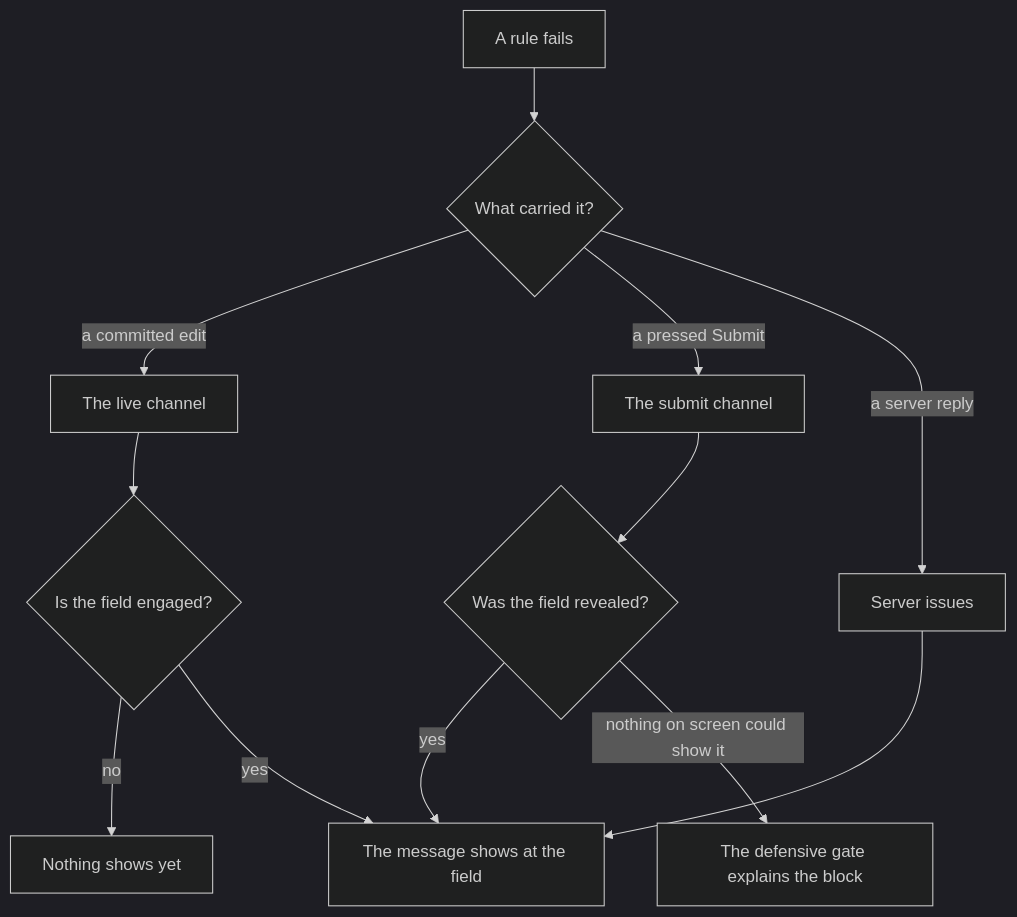
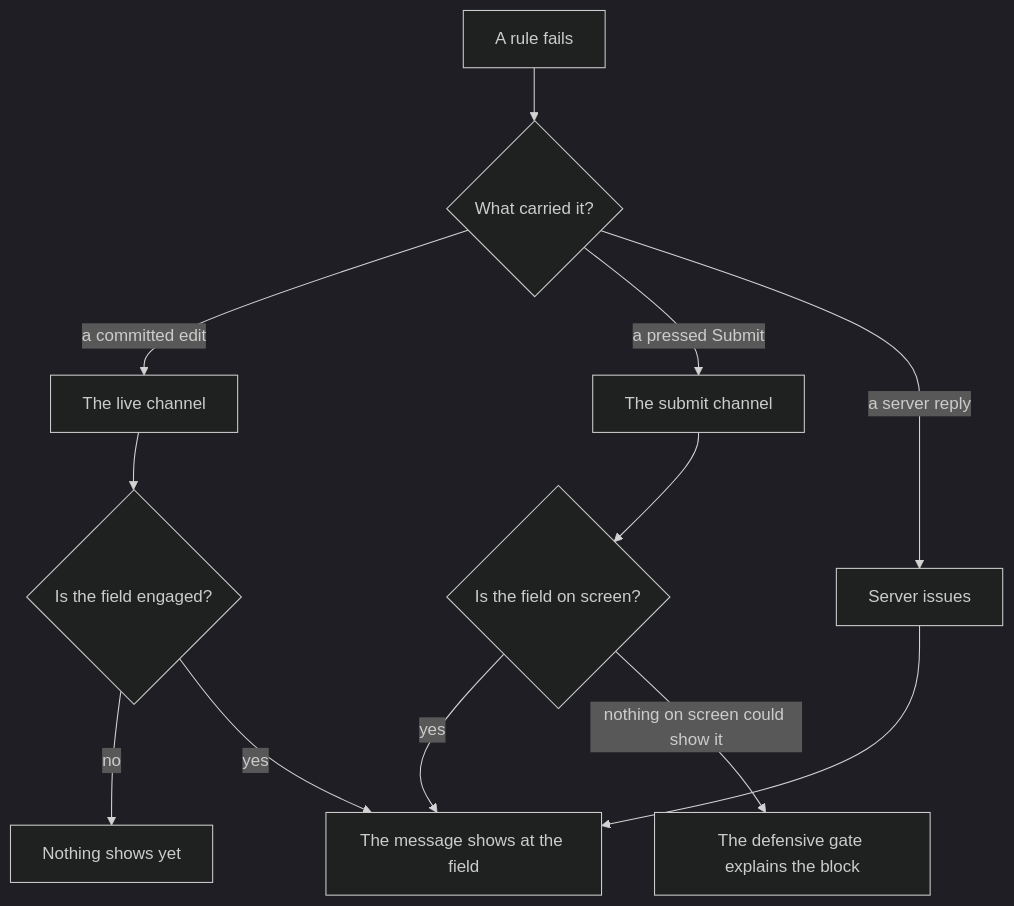
One commit to xfunc-pty-ltd/formidable changed the diagram in docs/disclosure.md. Above: the diagram before and after it, drawn with Mermaid (dark theme). The commit also changed other lines of this file and 15 other files, not shown here.

````diff
--- a/docs/disclosure.md
+++ b/docs/disclosure.md
@@ -21,17 +21,17 @@
 ```mermaid
 flowchart TD
     A["A rule fails"] --> B{"What carried it?"}
     B -- "a committed edit" --> L["The live channel"]
     B -- "a pressed Submit" --> S["The submit channel"]
     B -- "a server reply" --> V["Server issues"]
     L --> E{"Is the field engaged?"}
     E -- "no" --> QUIET["Nothing shows yet"]
     E -- "yes" --> SHOW["The message shows at the field"]
-    S --> R{"Was the field revealed?"}
+    S --> R{"Is the field on screen?"}
     R -- "yes" --> SHOW
     R -- "nothing on screen could show it" --> G["The defensive gate explains the block"]
     V --> SHOW
     %% An invisible link holds the live branch left of the submit branch, which keeps the
     %% columns in the order the prose introduces them.
     L ~~~ R
 ```
````
